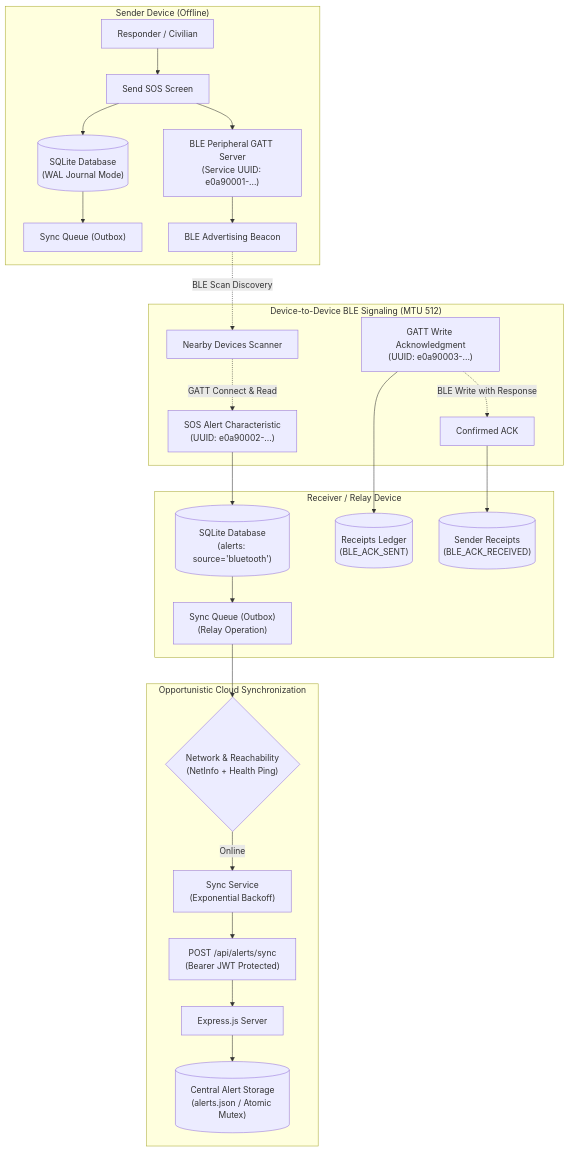
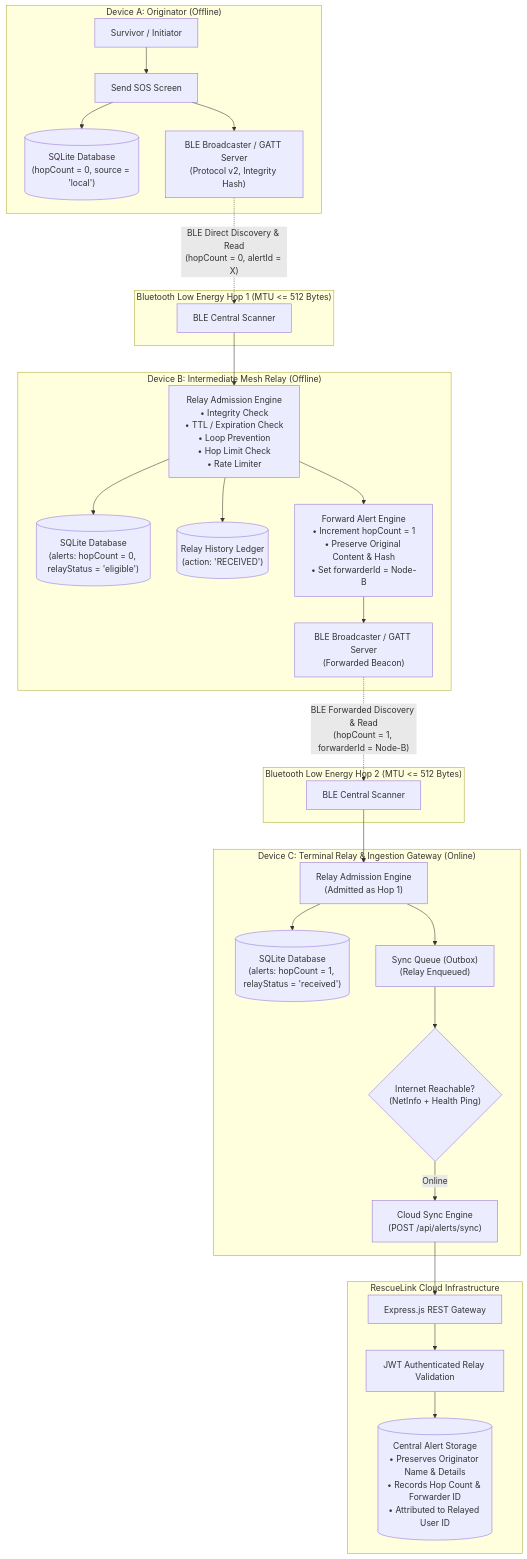
The diagram in README.md (VIJAYAPANDIANT/rescue-link-offline-emergency-sos), drawn with Mermaid before and after one commit. The commit also changed other lines of this file and 19 other files, not shown here.

Commit message:
feat: complete step 8 multi-device SOS relay network

````diff
--- a/README.md
+++ b/README.md
@@ -150,31 +155,38 @@
 ```mermaid
 graph TD
-    subgraph DeviceA ["Sender Device (Offline)"]
-        UserA["Responder / Civilian"] --> SOS["Send SOS Screen"]
-        SOS --> SQLiteA[("SQLite Database<br/>(WAL Journal Mode)")]
-        SQLiteA --> OutboxA["Sync Queue (Outbox)"]
-        SOS --> GATTServer["BLE Peripheral GATT Server<br/>(Service UUID: e0a90001-...)"]
-        GATTServer --> Adv["BLE Advertising Beacon"]
+    subgraph DeviceA ["Device A: Originator (Offline)"]
+        UserA["Survivor / Initiator"] --> ComposerA["Send SOS Screen"]
+        ComposerA --> SQLiteA[("SQLite Database<br/>(hopCount = 0, source = 'local')")]
+        ComposerA --> AdvA["BLE Broadcaster / GATT Server<br/>(Protocol v2, Integrity Hash)"]
     end
 
-    subgraph BLEMesh ["Device-to-Device BLE Signaling (MTU 512)"]
-        Adv -. "BLE Scan Discovery" .-> Scan["Nearby Devices Scanner"]
-        Scan -. "GATT Connect & Read" .-> ReadChar["SOS Alert Characteristic<br/>(UUID: e0a90002-...)"]
-        WriteACK["GATT Write Acknowledgment<br/>(UUID: e0a90003-...)"] -. "BLE Write with Response" .-> ConfACK["Confirmed ACK"]
+    subgraph Hop1 ["Bluetooth Low Energy Hop 1 (MTU <= 512 Bytes)"]
+        AdvA -. "BLE Direct Discovery & Read<br/>(hopCount = 0, alertId = X)" .-> ScannerB["BLE Central Scanner"]
     end
 
-    subgraph DeviceB ["Receiver / Relay Device"]
-        ReadChar --> SQLiteB[("SQLite Database<br/>(alerts: source='bluetooth')")]
-        SQLiteB --> OutboxB["Sync Queue (Outbox)<br/>(Relay Operation)"]
-        WriteACK --> ReceiptsB[("Receipts Ledger<br/>(BLE_ACK_SENT)")]
-        ConfACK --> ReceiptsA[("Sender Receipts<br/>(BLE_ACK_RECEIVED)")]
+    subgraph DeviceB ["Device B: Intermediate Mesh Relay (Offline)"]
+        ScannerB --> RelayEngineB["Relay Admission Engine<br/>• Integrity Check<br/>• TTL / Expiration Check<br/>• Loop Prevention<br/>• Hop Limit Check<br/>• Rate Limiter"]
+        RelayEngineB --> SQLiteB[("SQLite Database<br/>(alerts: hopCount = 0, relayStatus = 'eligible')")]
+        RelayEngineB --> HistoryB[("Relay History Ledger<br/>(action: 'RECEIVED')")]
+        RelayEngineB --> ForwarderB["Forward Alert Engine<br/>• Increment hopCount = 1<br/>• Preserve Original Content & Hash<br/>• Set forwarderId = Node-B"]
+        ForwarderB --> AdvB["BLE Broadcaster / GATT Server<br/>(Forwarded Beacon)"]
     end
 
-    subgraph CloudSync ["Opportunistic Cloud Synchronization"]
-        OutboxB --> NetCheck{"Network & Reachability<br/>(NetInfo + Health Ping)"}
-        NetCheck -- Online --> SyncEngine["Sync Service<br/>(Exponential Backoff)"]
-        SyncEngine --> POSTSync["POST /api/alerts/sync<br/>(Bearer JWT Protected)"]
-        POSTSync --> Backend["Express.js Server"]
-        Backend --> AlertStore[("Central Alert Storage<br/>(alerts.json / Atomic Mutex)")]
+    subgraph Hop2 ["Bluetooth Low Energy Hop 2 (MTU <= 512 Bytes)"]
+        AdvB -. "BLE Forwarded Discovery & Read<br/>(hopCount = 1, forwarderId = Node-B)" .-> ScannerC["BLE Central Scanner"]
+    end
+
+    subgraph DeviceC ["Device C: Terminal Relay & Ingestion Gateway (Online)"]
+        ScannerC --> RelayEngineC["Relay Admission Engine<br/>(Admitted as Hop 1)"]
+        RelayEngineC --> SQLiteC[("SQLite Database<br/>(alerts: hopCount = 1, relayStatus = 'received')")]
+        RelayEngineC --> OutboxC["Sync Queue (Outbox)<br/>(Relay Enqueued)"]
+        OutboxC --> NetCheckC{"Internet Reachable?<br/>(NetInfo + Health Ping)"}
+        NetCheckC -- Online --> CloudSync["Cloud Sync Engine<br/>(POST /api/alerts/sync)"]
+    end
+
+    subgraph CentralCloud ["RescueLink Cloud Infrastructure"]
+        CloudSync --> ExpressAPI["Express.js REST Gateway"]
+        ExpressAPI --> AuthCheck["JWT Authenticated Relay Validation"]
+        AuthCheck --> AlertStore[("Central Alert Storage<br/>• Preserves Originator Name & Details<br/>• Records Hop Count & Forwarder ID<br/>• Attributed to Relayed User ID")]
     end
 ```
````
